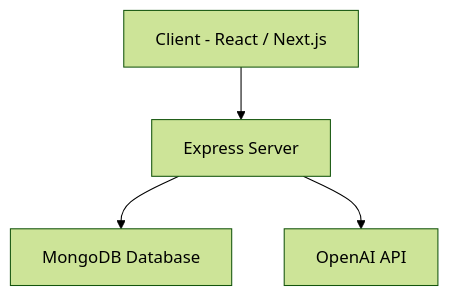
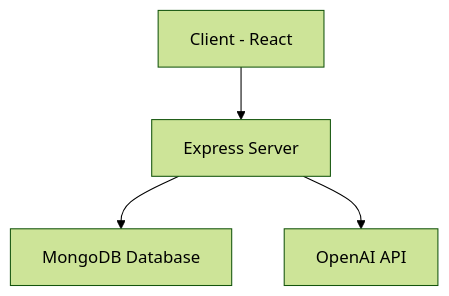
Before and after one commit to KaranDev316/PromptSphere: the diagram in README.md, drawn with Mermaid (forest theme). The commit also changed other lines of this file, not shown here.

First line of the commit message:
Revise README for architecture and tech stack

````diff
--- a/README.md
+++ b/README.md
@@ -56,7 +56,7 @@
 ```mermaid
 graph TD
-    A[Client - React / Next.js] --> B[Express Server]
+    A[Client - React] --> B[Express Server]
     B --> C[MongoDB Database]
     B --> D[OpenAI API]
 
 ```
````
